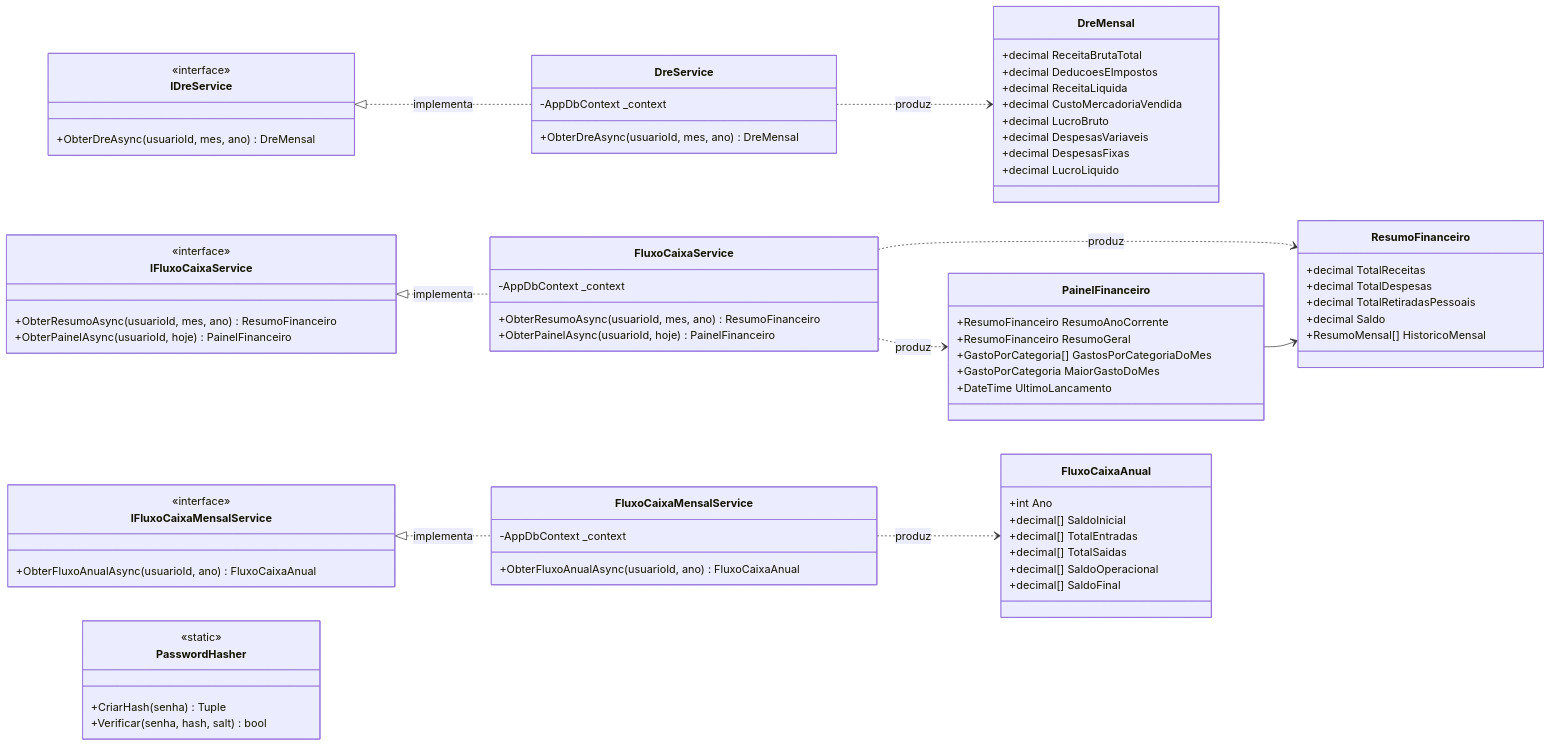
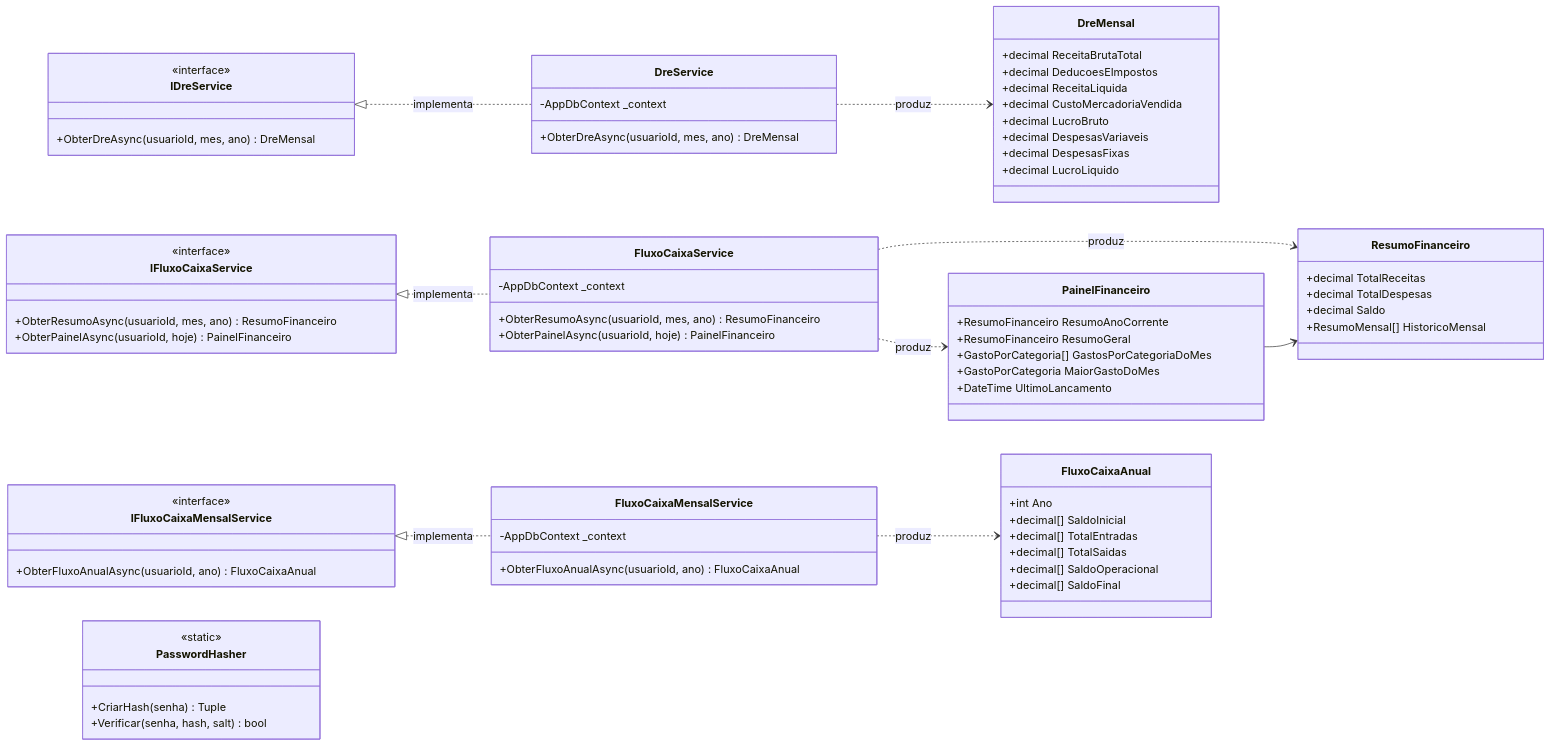
Before and after one commit to profetadiario/GFMEI: the diagram in docs/diagramas/fontes/fig3b_classes_servicos.mmd, drawn with Mermaid. The commit also changed 73 other files, not shown here.

```diff
--- a/docs/diagramas/fontes/fig3b_classes_servicos.mmd
+++ b/docs/diagramas/fontes/fig3b_classes_servicos.mmd
@@ -1,73 +1,72 @@
 classDiagram
     direction LR
     class IFluxoCaixaService {
         <<interface>>
         +ObterResumoAsync(usuarioId, mes, ano) ResumoFinanceiro
         +ObterPainelAsync(usuarioId, hoje) PainelFinanceiro
     }
     class FluxoCaixaService {
         -AppDbContext _context
         +ObterResumoAsync(usuarioId, mes, ano) ResumoFinanceiro
         +ObterPainelAsync(usuarioId, hoje) PainelFinanceiro
     }
     class ResumoFinanceiro {
         +decimal TotalReceitas
         +decimal TotalDespesas
-        +decimal TotalRetiradasPessoais
         +decimal Saldo
         +ResumoMensal[] HistoricoMensal
     }
     class PainelFinanceiro {
         +ResumoFinanceiro ResumoAnoCorrente
         +ResumoFinanceiro ResumoGeral
         +GastoPorCategoria[] GastosPorCategoriaDoMes
         +GastoPorCategoria MaiorGastoDoMes
         +DateTime UltimoLancamento
     }
     class IDreService {
         <<interface>>
         +ObterDreAsync(usuarioId, mes, ano) DreMensal
     }
     class DreService {
         -AppDbContext _context
         +ObterDreAsync(usuarioId, mes, ano) DreMensal
     }
     class DreMensal {
         +decimal ReceitaBrutaTotal
         +decimal DeducoesEImpostos
         +decimal ReceitaLiquida
         +decimal CustoMercadoriaVendida
         +decimal LucroBruto
         +decimal DespesasVariaveis
         +decimal DespesasFixas
         +decimal LucroLiquido
     }
     class IFluxoCaixaMensalService {
         <<interface>>
         +ObterFluxoAnualAsync(usuarioId, ano) FluxoCaixaAnual
     }
     class FluxoCaixaMensalService {
         -AppDbContext _context
         +ObterFluxoAnualAsync(usuarioId, ano) FluxoCaixaAnual
     }
     class FluxoCaixaAnual {
         +int Ano
         +decimal[] SaldoInicial
         +decimal[] TotalEntradas
         +decimal[] TotalSaidas
         +decimal[] SaldoOperacional
         +decimal[] SaldoFinal
     }
     class PasswordHasher {
         <<static>>
         +CriarHash(senha) Tuple
         +Verificar(senha, hash, salt) bool
     }
     IFluxoCaixaService <|.. FluxoCaixaService : implementa
     FluxoCaixaService ..> ResumoFinanceiro : produz
     FluxoCaixaService ..> PainelFinanceiro : produz
     PainelFinanceiro --> ResumoFinanceiro
     IDreService <|.. DreService : implementa
     DreService ..> DreMensal : produz
     IFluxoCaixaMensalService <|.. FluxoCaixaMensalService : implementa
     FluxoCaixaMensalService ..> FluxoCaixaAnual : produz
```
